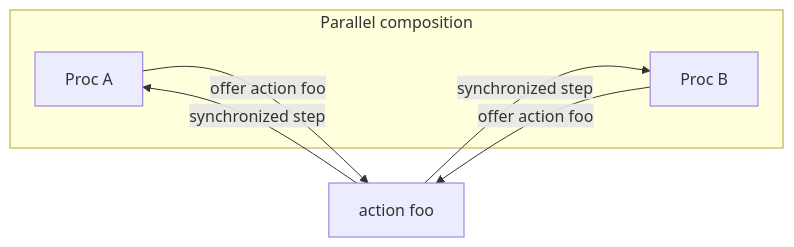
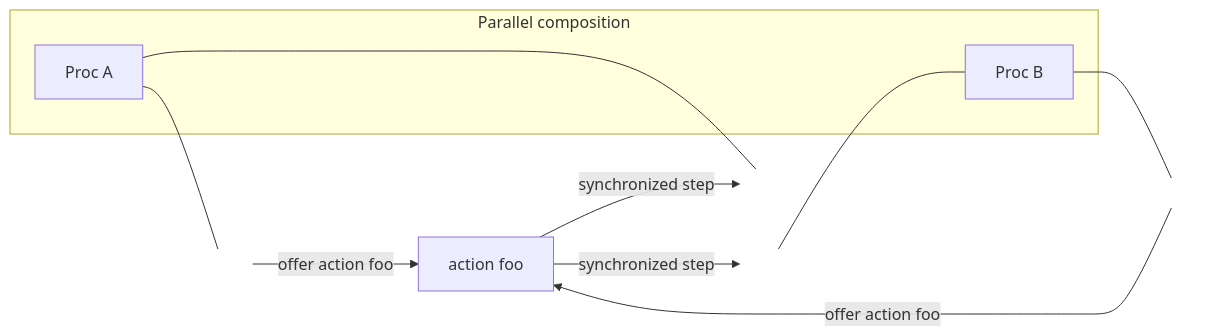
The diagram in docs/language/README.md (iandardik/Julang), drawn with Mermaid before and after one commit.

Commit message:
Separating overlapping labels in parallel comp diagram

````diff
--- a/docs/language/README.md
+++ b/docs/language/README.md
@@ -20,11 +20,18 @@
 ```mermaid
 flowchart LR
   subgraph peers [Parallel composition]
     A[Proc A]
     B[Proc B]
   end
-  A -->|"offer action foo"| Foo[action foo]
-  B -->|"offer action foo"| Foo
-  Foo -->|"synchronized step"| A
-  Foo -->|"synchronized step"| B
+  Foo[action foo]
+  A --- OfferA[ ]
+  OfferA -->|"offer action foo"| Foo
+  Foo -->|"synchronized step"| SyncA[ ]
+  SyncA --- A
+  B --- OfferB[ ]
+  OfferB -->|"offer action foo"| Foo
+  Foo -->|"synchronized step"| SyncB[ ]
+  SyncB --- B
+  classDef hidden fill:transparent,stroke:transparent,color:transparent,stroke-width:0
+  class OfferA,SyncA,OfferB,SyncB hidden
 ```
````
